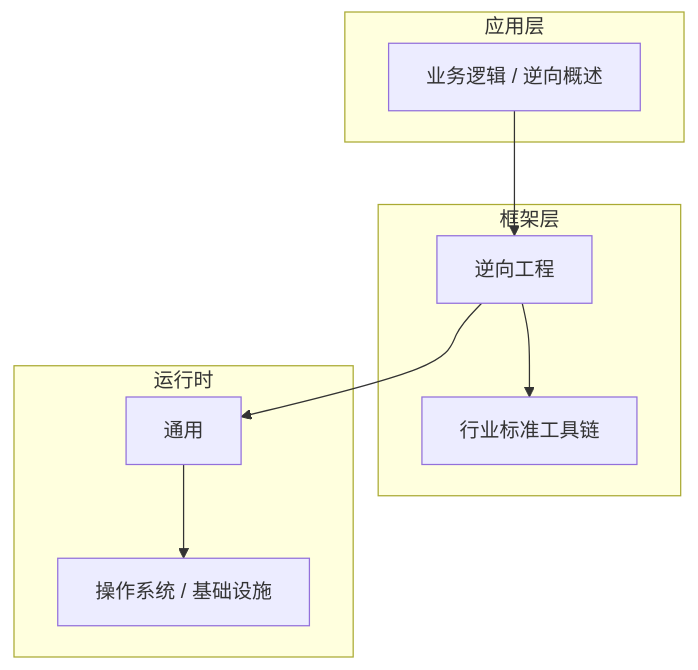
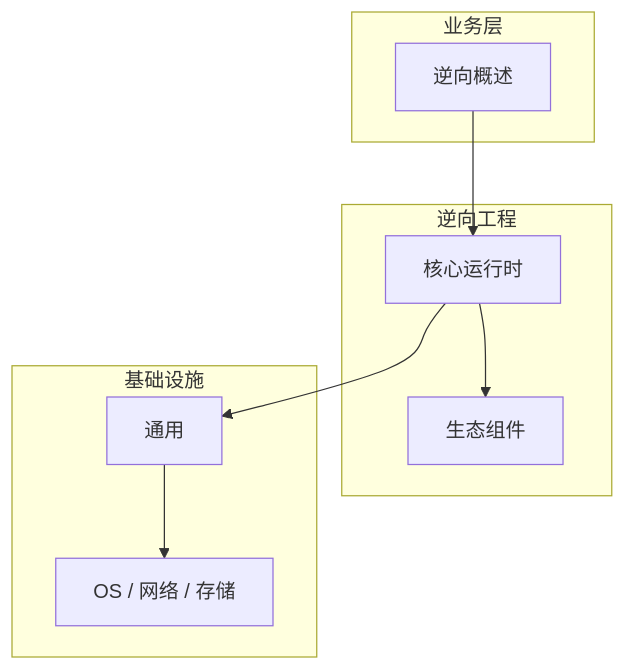
Before and after one commit to yanggan2015/knowledge-json-v2: the diagram in articles/逆向工程/chapters/001-逆向概述核心概念与原理.md, drawn with Mermaid. The commit also changed other lines of this file and 10127 other files, not shown here.

````diff
--- a/articles/逆向工程/chapters/001-逆向概述核心概念与原理.md
+++ b/articles/逆向工程/chapters/001-逆向概述核心概念与原理.md
@@ -46,18 +31,18 @@
 ```mermaid
 graph TB
-    subgraph 应用层
-        A[业务逻辑 / 逆向概述]
+    subgraph 业务层
+        A[逆向概述]
     end
-    subgraph 框架层
-        B[逆向工程]
-        C[行业标准工具链]
+    subgraph 逆向工程
+        B[核心运行时]
+        C[生态组件]
     end
-    subgraph 运行时
+    subgraph 基础设施
         D[通用]
-        E[操作系统 / 基础设施]
+        E[OS / 网络 / 存储]
     end
     A --> B
     B --> C
     B --> D
     D --> E
 ```
````
